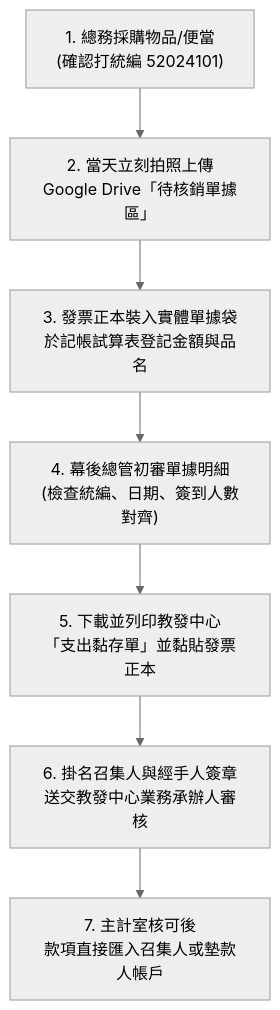
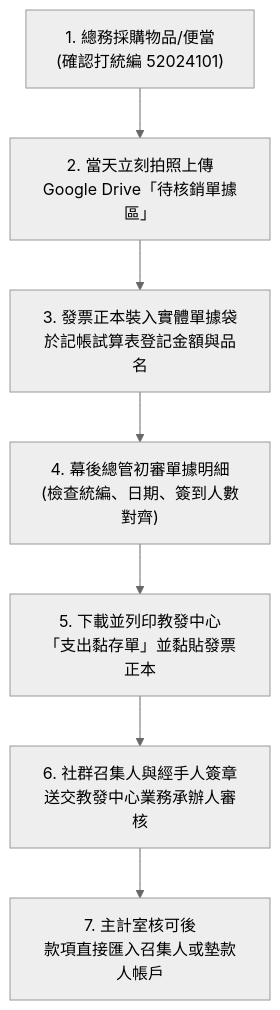
The diagram in 01_計畫申請與核銷_教發中心/02_經費核銷SOP與發票單據防呆手冊.md (KalmanGoose/nchu-pickleball-recruit), drawn with Mermaid (neutral theme) before and after one commit. The commit also changed 6 other files, not shown here.

````diff
--- a/01_計畫申請與核銷_教發中心/02_經費核銷SOP與發票單據防呆手冊.md
+++ b/01_計畫申請與核銷_教發中心/02_經費核銷SOP與發票單據防呆手冊.md
@@ -67,9 +67,9 @@
 ```mermaid
 flowchart TD
     A["1. 總務採購物品/便當<br>(確認打統編 52024101)"] --> B["2. 當天立刻拍照上傳<br>Google Drive「待核銷單據區」"]
     B --> C["3. 發票正本裝入實體單據袋<br>於記帳試算表登記金額與品名"]
     C --> D["4. 幕後總管初審單據明細<br>(檢查統編、日期、簽到人數對齊)"]
     D --> E["5. 下載並列印教發中心<br>「支出黏存單」並黏貼發票正本"]
-    E --> F["6. 掛名召集人與經手人簽章<br>送交教發中心業務承辦人審核"]
+    E --> F["6. 社群召集人與經手人簽章<br>送交教發中心業務承辦人審核"]
     F --> G["7. 主計室核可後<br>款項直接匯入召集人或墊款人帳戶"]
 ```
````
